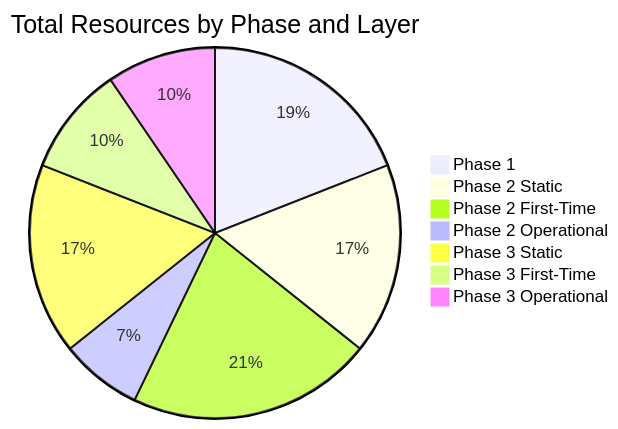
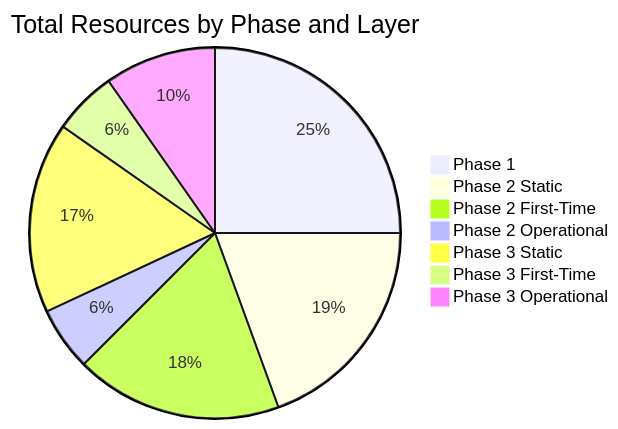
One commit to prateekpanjla-outlook/gcp_data_proc changed diagram 12 of 14 in docs/DEPLOYMENT_VISUAL_GUIDE.md. Above: the diagram before and after it, drawn with Mermaid. The commit also changed other lines of this file and 26 other files, not shown here.

````diff
--- a/docs/DEPLOYMENT_VISUAL_GUIDE.md
+++ b/docs/DEPLOYMENT_VISUAL_GUIDE.md
@@ -396,10 +396,10 @@
 ```mermaid
 pie title Total Resources by Phase and Layer
-    "Phase 1" : 8
-    "Phase 2 Static" : 7
-    "Phase 2 First-Time" : 9
-    "Phase 2 Operational" : 3
-    "Phase 3 Static" : 7
+    "Phase 1" : 18
+    "Phase 2 Static" : 14
+    "Phase 2 First-Time" : 13
+    "Phase 2 Operational" : 4
+    "Phase 3 Static" : 12
     "Phase 3 First-Time" : 4
-    "Phase 3 Operational" : 4
+    "Phase 3 Operational" : 7
 ```
````
